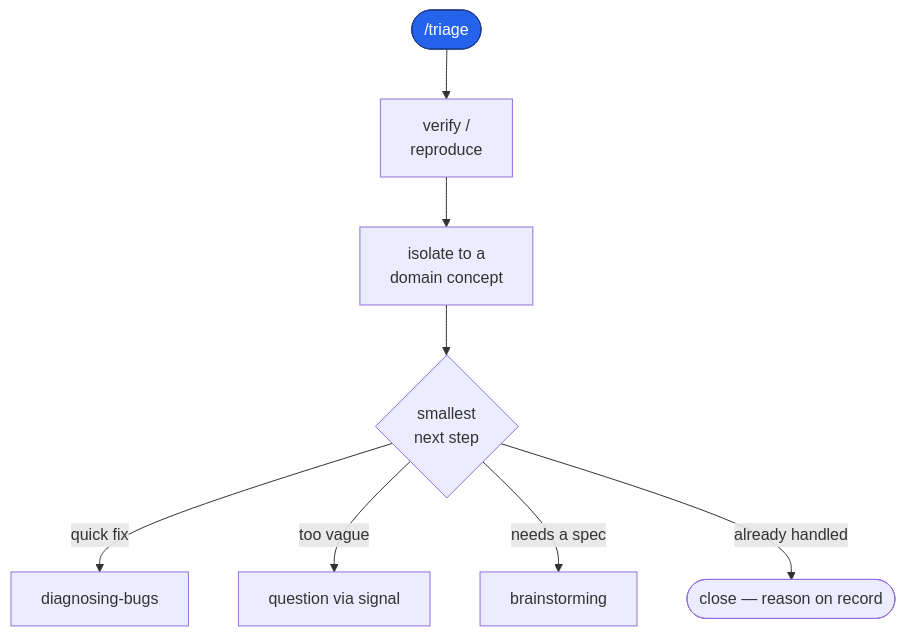
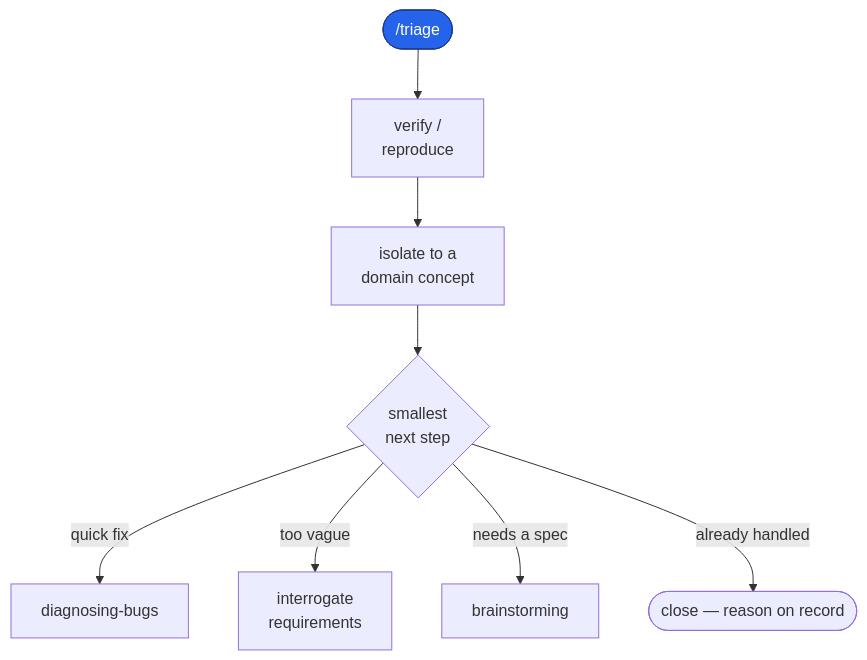
One commit to dashworthy/engineering changed the third of 5 diagrams in README.md. Above: the diagram before and after it, drawn with Mermaid. The commit also changed other lines of this file and 32 other files, not shown here.

````diff
--- a/README.md
+++ b/README.md
@@ -86,12 +84,12 @@
 ```mermaid
 flowchart TD
     classDef entry fill:#2563eb,stroke:#1e3a8a,color:#fff
 
     T(["/triage"]):::entry --> T1["verify /<br/>reproduce"]
     T1 --> T2["isolate to a<br/>domain concept"]
     T2 --> T3{"smallest<br/>next step"}
     T3 -->|"quick fix"| QF["diagnosing-bugs"]
-    T3 -->|"too vague"| Q["question via signal"]
+    T3 -->|"too vague"| Q["interrogate<br/>requirements"]
     T3 -->|"needs a spec"| BR["brainstorming"]
     T3 -->|"already handled"| CL(["close — reason on record"])
 ```
````
